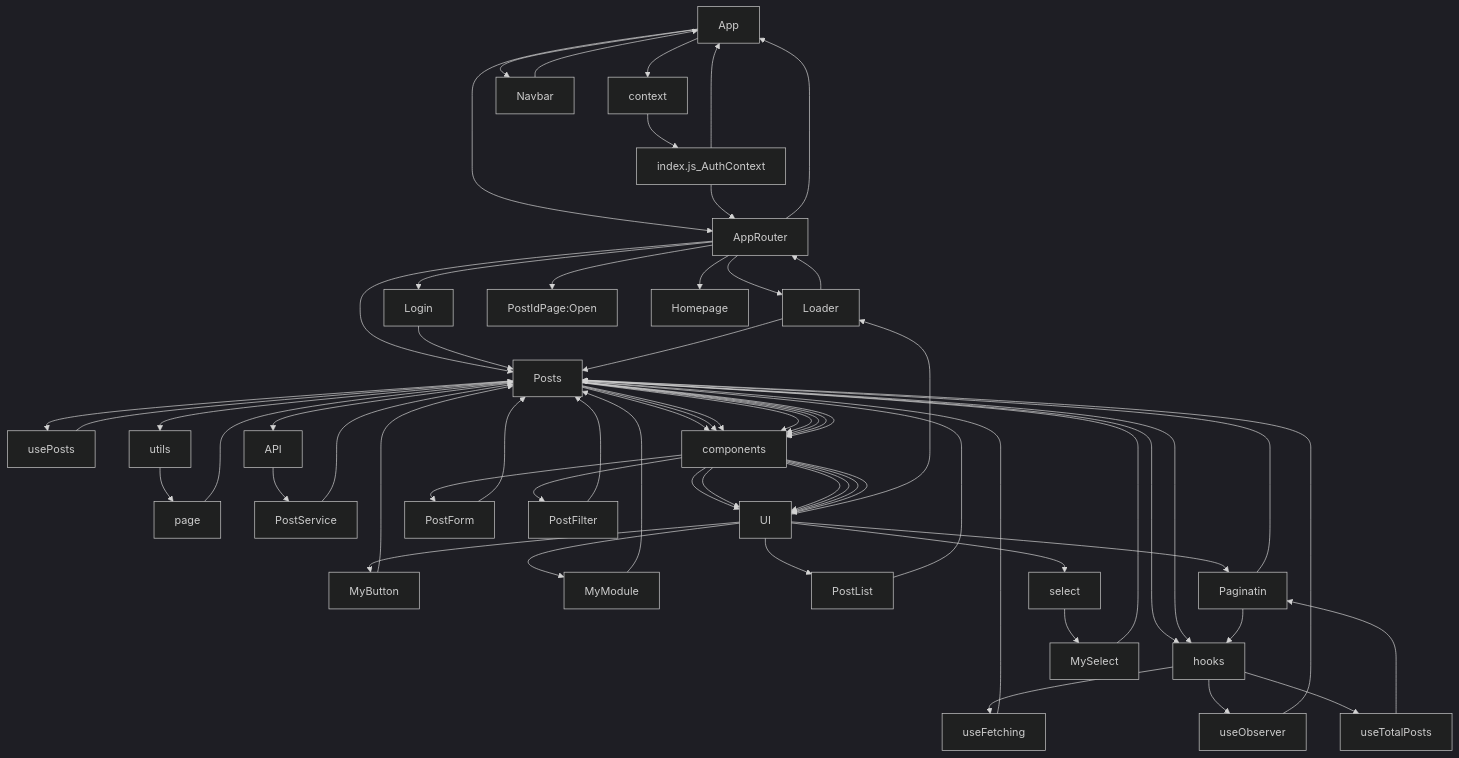
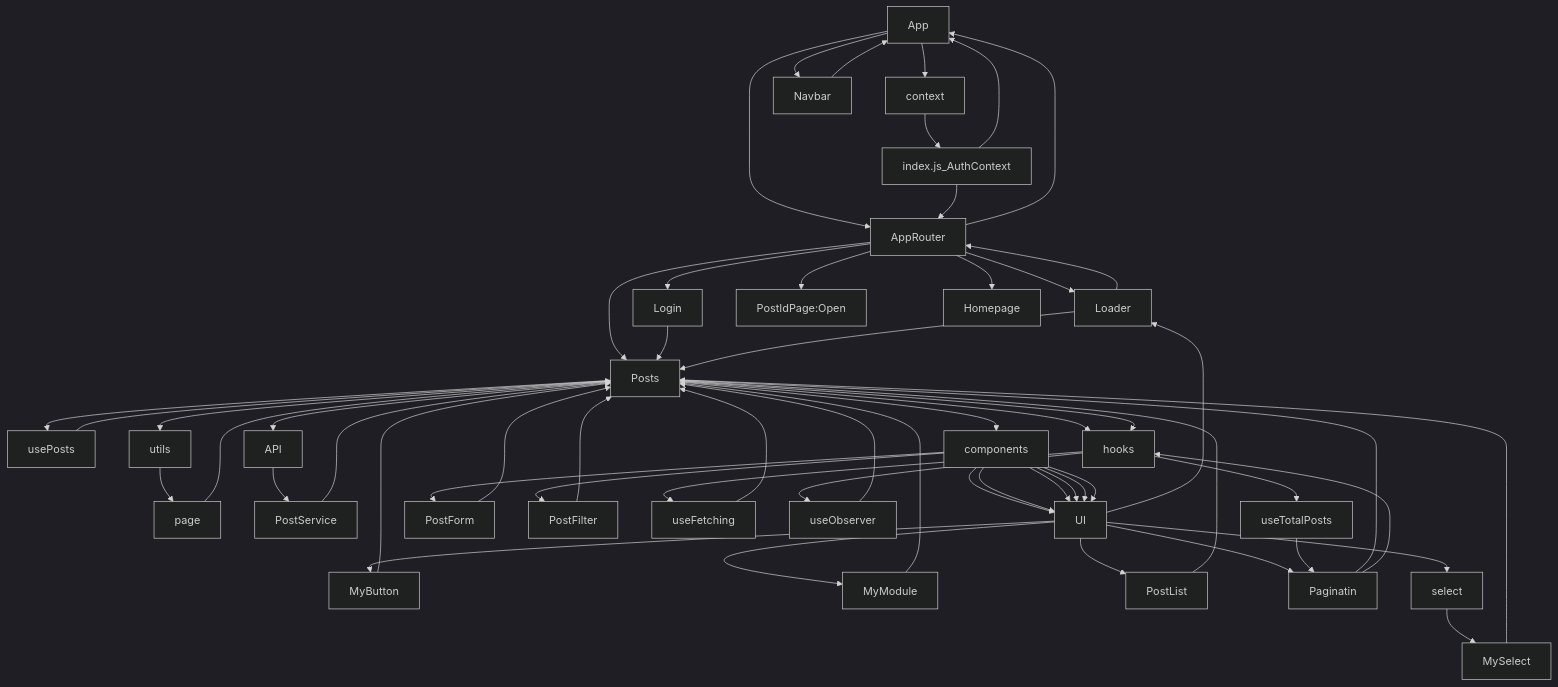
One commit to Freeze35/test-react-project changed the first of 2 diagrams in README.md. Above: the diagram before and after it, drawn with Mermaid (dark theme).

````diff
--- a/README.md
+++ b/README.md
@@ -112,40 +112,40 @@
 ```mermaid
 graph TD;
    App-->context-->index.js_AuthContext-->App
    App-->Navbar
    App-->AppRouter
    Navbar-->App
    AppRouter-->App
    index.js_AuthContext-->AppRouter
    AppRouter-->Loader
    Loader-->AppRouter
    AppRouter-->Posts
    AppRouter-->Login
    Login-->Posts
    AppRouter-->PostIdPage:Open
    AppRouter-->Homepage
    Posts-->usePosts-->Posts
    Posts-->utils-->page-->Posts
    Posts-->API-->PostService-->Posts
-   Posts-->components-->UI-->MyButton
+   components-->UI-->MyButton
    MyButton-->Posts
-   Posts-->components-->UI-->MyModule-->Posts
-   Posts-->components-->PostForm
+   components-->UI-->MyModule-->Posts
+   components-->PostForm
    PostForm-->Posts
-   Posts-->components-->PostFilter
+   components-->PostFilter
    PostFilter-->Posts
-   Posts-->components-->UI-->PostList
+   components-->UI-->PostList
    PostList-->Posts
-   Posts-->components-->UI-->Loader
+   components-->UI-->Loader
    Loader-->Posts
-   Posts-->components-->UI-->Paginatin
+   components-->UI-->Paginatin
    Paginatin-->Posts
    Posts-->hooks-->useFetching
    useFetching-->Posts
    Posts-->hooks-->useObserver
    useObserver-->Posts
    Posts-->components-->UI-->select-->MySelect
    MySelect-->Posts
    Paginatin-->hooks-->useTotalPosts-->Paginatin
    
 ```
````
